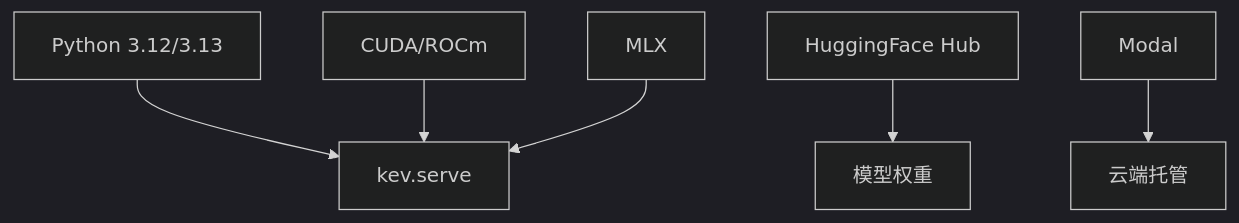
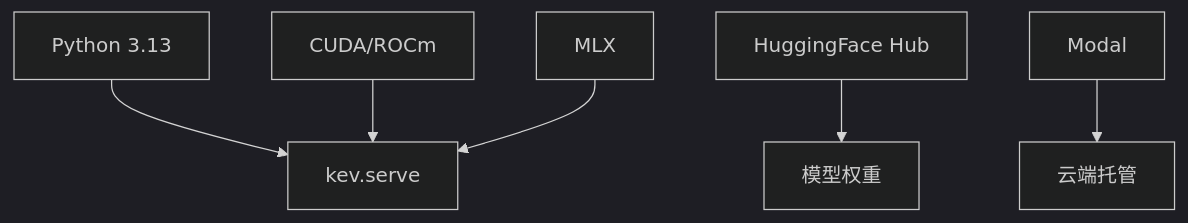
One commit to joezxh/kev changed the tenth of 10 diagrams in .qoder/repowiki/zh/content/部署指南/容器化部署/容器化部署.md. Above: the diagram before and after it, drawn with Mermaid (dark theme). The commit also changed other lines of this file and 100 other files, not shown here.

````diff
--- a/.qoder/repowiki/zh/content/部署指南/容器化部署/容器化部署.md
+++ b/.qoder/repowiki/zh/content/部署指南/容器化部署/容器化部署.md
@@ -303,8 +428,8 @@
 ```mermaid
 graph TB
-Py["Python 3.12/3.13"] --> Serve["kev.serve"]
+Py["Python 3.13"] --> Serve["kev.serve"]
 CUDA["CUDA/ROCm"] --> Serve
 MLX["MLX"] --> Serve
 HF["HuggingFace Hub"] --> Weights["模型权重"]
 Modal["Modal"] --> Cloud["云端托管"]
 ```
````
